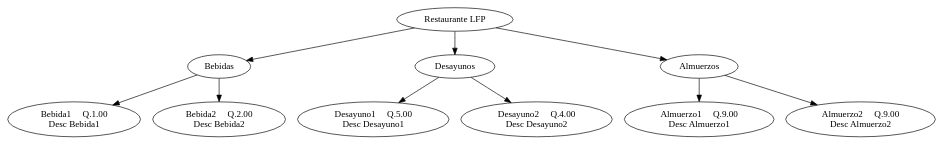
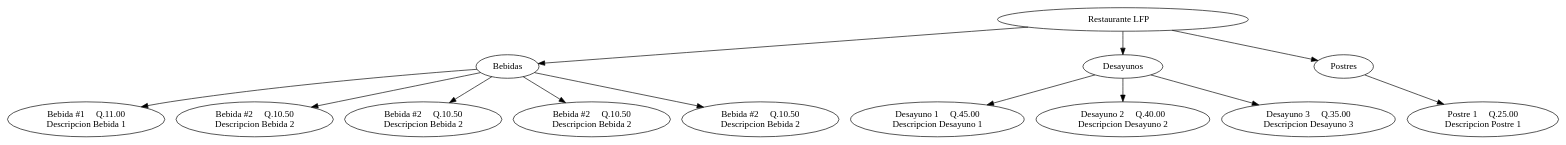
Before and after one commit to fernandofalla/Proyecto1LFP: the diagram in reporte.dot, drawn with Graphviz. The commit also changed 5 other files, not shown here.

```diff
--- a/reporte.dot
+++ b/reporte.dot
@@ -1,47 +1,62 @@
 digraph matriz{
 
-Raiz [label="Restaurante LFP"]
+Raiz [label="                Restaurante LFP                   "]
 
 Raiz -> Bebidas;
 
 Raiz -> Desayunos;
 
-Raiz -> Almuerzos;
+Raiz -> Postres;
 
 Bebidas
 
-menu0 [label="Bebida1     Q.1.00
-Desc Bebida1"]
+menu0 [label="Bebida #1     Q.11.00
+Descripcion Bebida 1"]
 
 Bebidas -> menu0;
 
-menu1 [label="Bebida2     Q.2.00
-Desc Bebida2"]
+menu1 [label="Bebida #2     Q.10.50
+Descripcion Bebida 2"]
 
 Bebidas -> menu1;
 
+menu2 [label="Bebida #2     Q.10.50
+Descripcion Bebida 2"]
+
+Bebidas -> menu2;
+
+menu3 [label="Bebida #2     Q.10.50
+Descripcion Bebida 2"]
+
+Bebidas -> menu3;
+
+menu4 [label="Bebida #2     Q.10.50
+Descripcion Bebida 2"]
+
+Bebidas -> menu4;
+
 Desayunos
 
-menu2 [label="Desayuno1     Q.5.00
-Desc Desayuno1"]
+menu5 [label="Desayuno 1     Q.45.00
+Descripcion Desayuno 1"]
 
-Desayunos -> menu2;
+Desayunos -> menu5;
 
-menu3 [label="Desayuno2     Q.4.00
-Desc Desayuno2"]
+menu6 [label="Desayuno 2     Q.40.00
+Descripcion Desayuno 2"]
 
-Desayunos -> menu3;
+Desayunos -> menu6;
 
-Almuerzos
+menu7 [label="Desayuno 3     Q.35.00
+Descripcion Desayuno 3"]
 
-menu4 [label="Almuerzo1     Q.9.00
-Desc Almuerzo1"]
+Desayunos -> menu7;
 
-Almuerzos -> menu4;
+ Postres
 
-menu5 [label="Almuerzo2     Q.9.00
-Desc Almuerzo2"]
+menu8 [label="Postre 1     Q.25.00
+Descripcion Postre 1"]
 
-Almuerzos -> menu5;
+ Postres -> menu8;
 
 }
```
